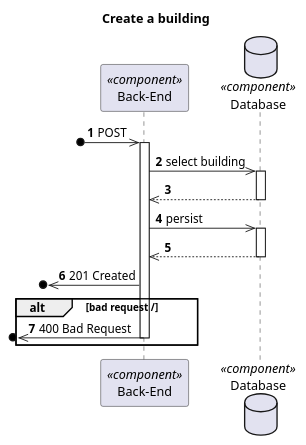
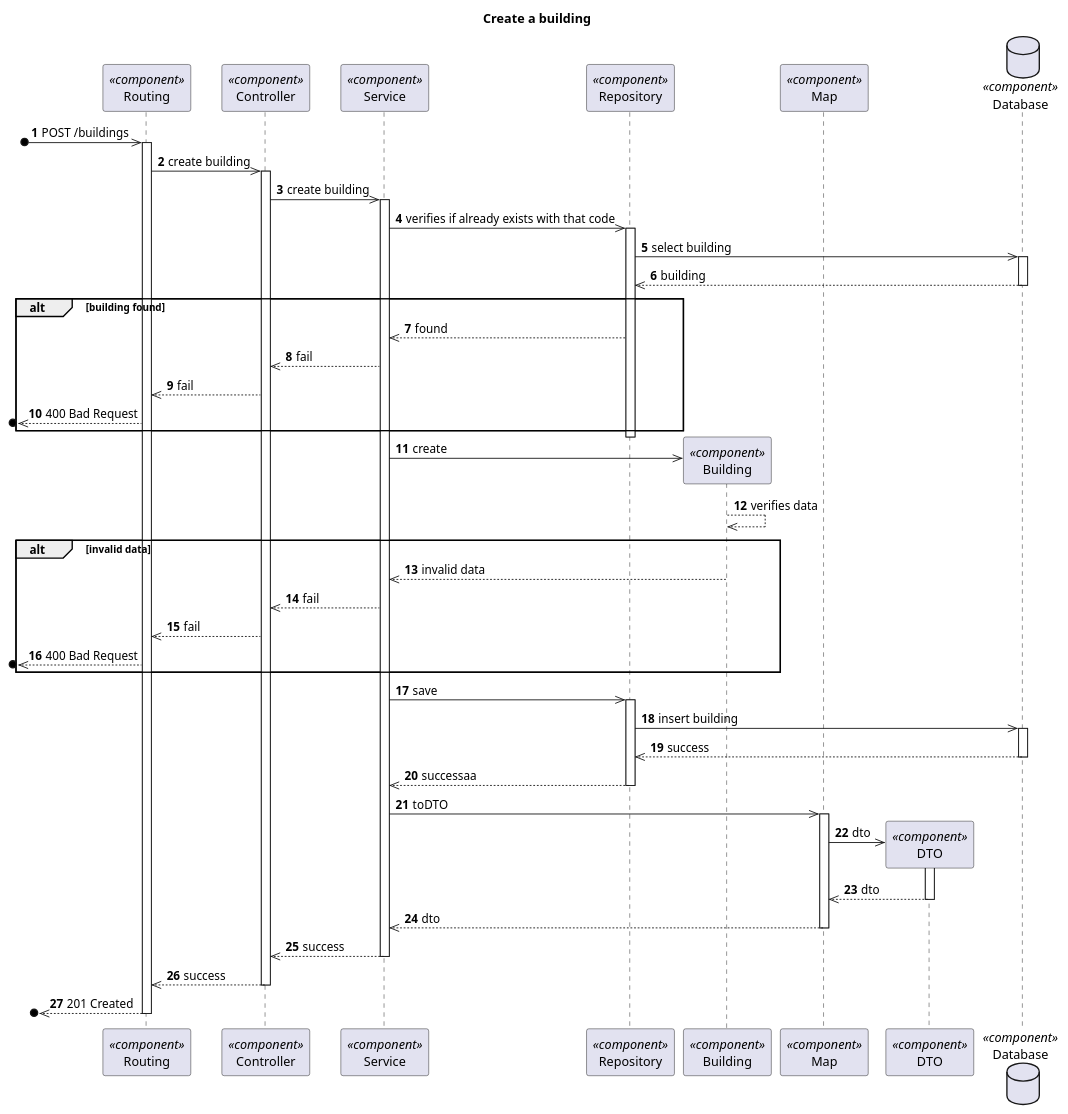
The diagram in docs/Vista Processo/US150/ProcessView_Level3_US150.puml (1210910/lapr5), drawn with PlantUML before and after one commit. The commit also changed 14 other files, not shown here.

Commit message:
Update Level 3 Process Diagrams

```diff
--- a/docs/Vista Processo/US150/ProcessView_Level3_US150.puml
+++ b/docs/Vista Processo/US150/ProcessView_Level3_US150.puml
@@ -1,32 +1,91 @@
 @startuml Process View - Level 3
 
 autonumber
 skinparam packageStyle rect
 
 title Create a building
 
-participant "Back-End" as BE <<component>>
-database "Database" as DB <<component>>
+participant "Routing" as routing <<component>>
+participant "Controller" as controller <<component>>
+participant "Service" as service <<component>>
+participant "Repository" as buildingrepo <<component>>
+participant "Building" as building <<component>>
+participant "Map" as map <<component>>
+participant "DTO" as dto <<component>>
+database "Database" as db <<component>>
 
-?o->> BE : POST
+?o->> routing : POST /buildings
+activate routing
+routing ->> controller : create building
 
-activate BE
+activate controller
+controller ->> service : create building
 
-BE ->> DB : select building
-activate DB
-DB -->> BE
-deactivate DB
+activate service
+service ->> buildingrepo : verifies if already exists with that code
 
-BE ->> DB : persist
-activate DB
-DB -->> BE
-deactivate DB
+activate buildingrepo
+buildingrepo ->> db : select building
+activate db
+db -->> buildingrepo : building
+deactivate db
+alt building found
+    buildingrepo -->> service :  found
 
-?o<<- BE : 201 Created
+    service -->> controller : fail
+    controller -->> routing : fail
+    ?o<<-- routing : 400 Bad Request
+end alt
 
-alt bad request /
-?o<<- BE : 400 Bad Request
-deactivate BE
-end
+deactivate buildingrepo
+
+service ->> building** : create
+
+building -->> building: verifies data
+alt invalid data
+    building -->> service : invalid data
+
+    service -->> controller : fail
+    controller -->> routing : fail
+    ?o<<-- routing : 400 Bad Request
+end alt
+
+
+
+
+
+
+service ->> buildingrepo : save
+activate buildingrepo
+
+buildingrepo ->> db : insert building
+
+activate db
+db -->> buildingrepo : success
+
+deactivate db
+buildingrepo -->> service : successaa
+deactivate buildingrepo
+
+service ->> map: toDTO
+activate map
+map ->> dto**: dto
+activate dto
+dto -->> map: dto
+deactivate dto
+map-->> service: dto
+deactivate map
+
+
+deactivate buildingrepo
+
+service -->> controller : success
+deactivate service
+
+controller -->> routing : success
+deactivate controller
+
+?o<<-- routing : 201 Created
+deactivate routing
 
 @enduml
```
